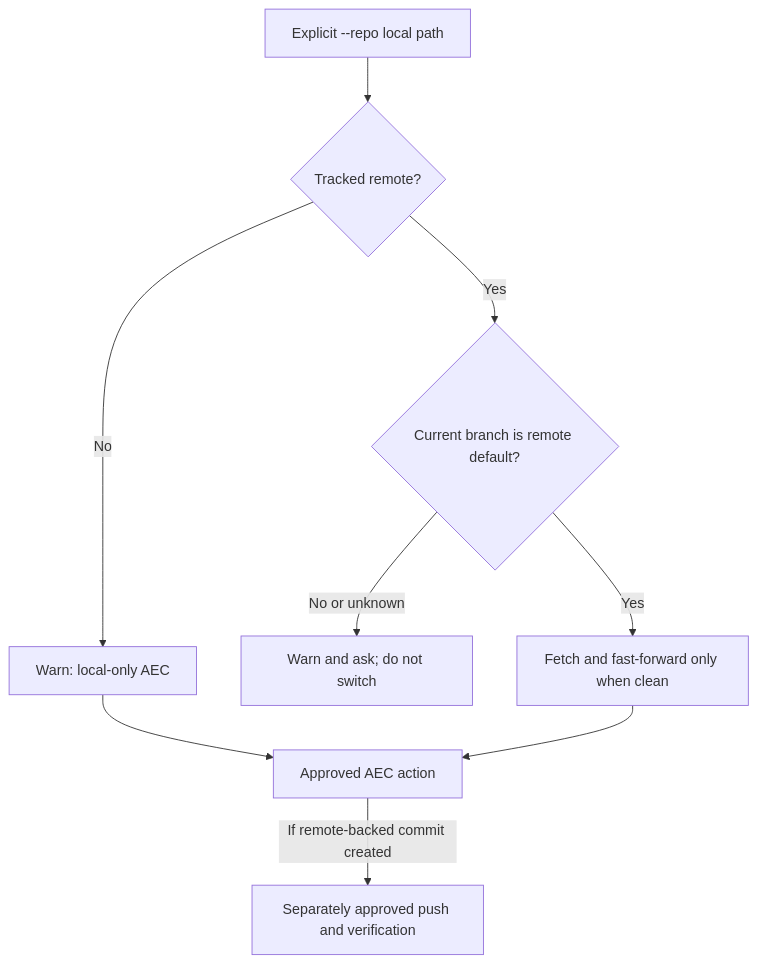
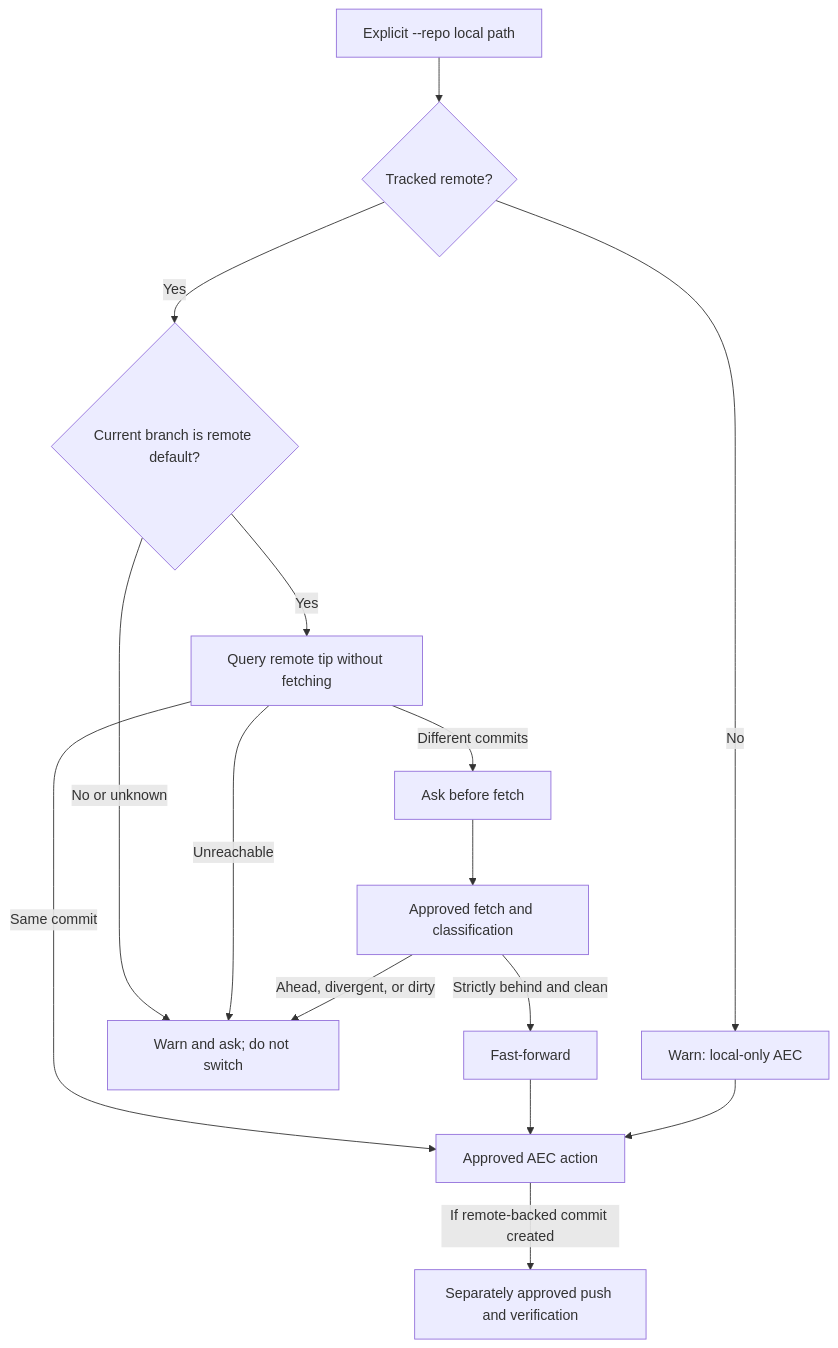
One commit to ferrywlto/ai-env-as-code changed the first of 7 diagrams in docs/reference.md. Above: the diagram before and after it, drawn with Mermaid. The commit also changed other lines of this file and 5 other files, not shown here.

````diff
--- a/docs/reference.md
+++ b/docs/reference.md
@@ -61,11 +61,17 @@
 ```mermaid
 flowchart TD
     Repo[Explicit --repo local path] --> Remote{Tracked remote?}
     Remote -->|No| Local[Warn: local-only AEC]
     Remote -->|Yes| Default{Current branch is remote default?}
     Default -->|No or unknown| Pause[Warn and ask; do not switch]
-    Default -->|Yes| Preflight[Fetch and fast-forward only when clean]
+    Default -->|Yes| Tip[Query remote tip without fetching]
+    Tip -->|Same commit| Work[Approved AEC action]
+    Tip -->|Different commits| Review[Ask before fetch]
+    Tip -->|Unreachable| Pause
+    Review --> Fetch[Approved fetch and classification]
+    Fetch -->|Strictly behind and clean| Forward[Fast-forward]
+    Fetch -->|Ahead, divergent, or dirty| Pause
+    Forward --> Work
     Local --> Work[Approved AEC action]
-    Preflight --> Work
     Work -->|If remote-backed commit created| Push[Separately approved push and verification]
 ```
````
